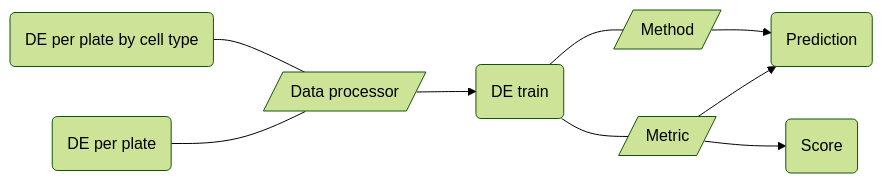
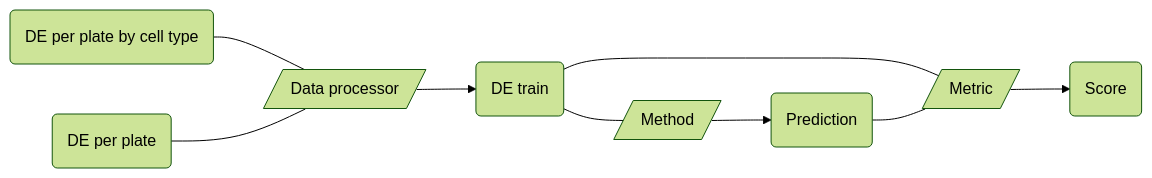
The diagram in README.md (openproblems-bio/task_perturbation_prediction), drawn with Mermaid (forest theme) before and after one commit. The commit also changed other lines of this file and 1 other file, not shown here.

````diff
--- a/README.md
+++ b/README.md
@@ -26,19 +26,19 @@
 ``` mermaid
 flowchart LR
   file_de_per_plate_by_celltype("DE per plate by cell type")
   comp_process_dataset[/"Data processor"/]
   file_de_train("DE train")
   comp_method[/"Method"/]
   comp_metric[/"Metric"/]
   file_prediction("Prediction")
   file_score("Score")
   file_de_per_plate("DE per plate")
   file_de_per_plate_by_celltype---comp_process_dataset
   comp_process_dataset-->file_de_train
   file_de_train---comp_method
   file_de_train---comp_metric
   comp_method-->file_prediction
-  comp_metric-->file_prediction
   comp_metric-->file_score
+  file_prediction---comp_metric
   file_de_per_plate---comp_process_dataset
 ```
````
